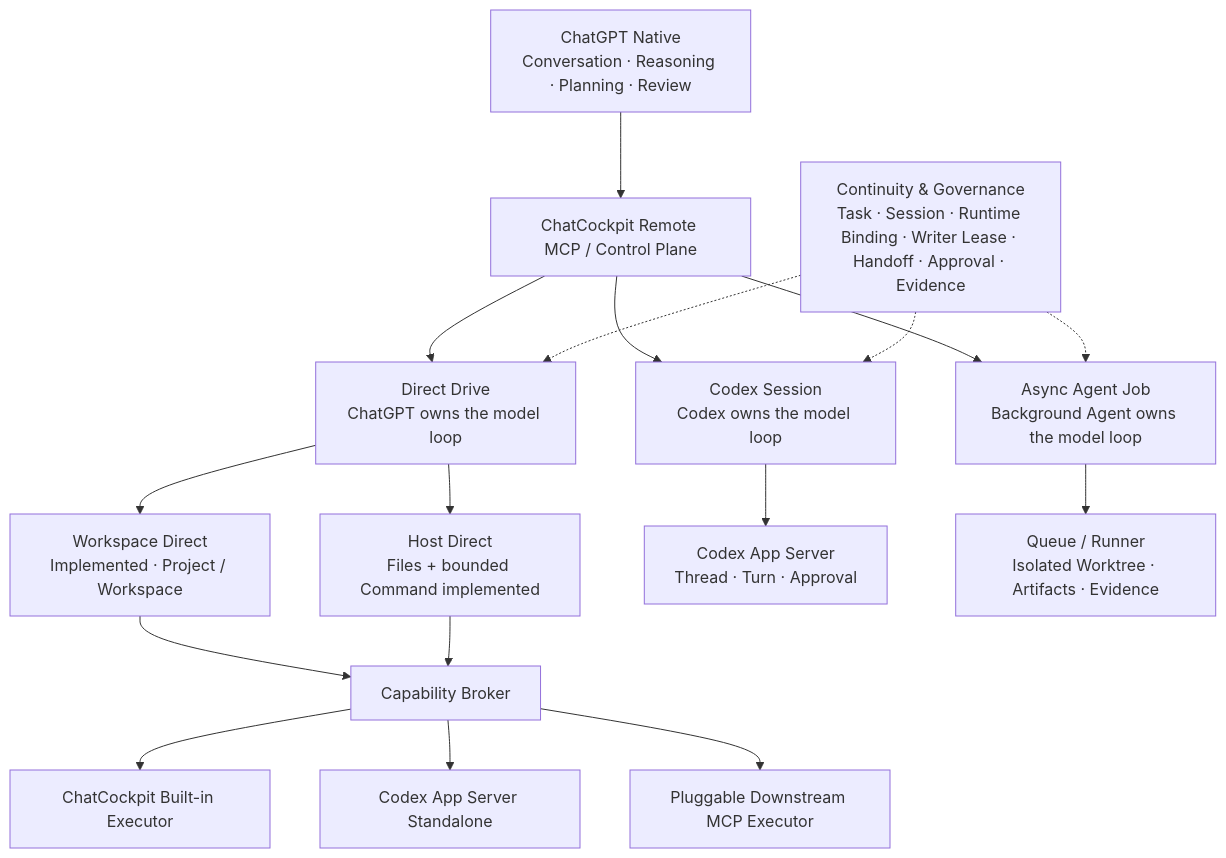
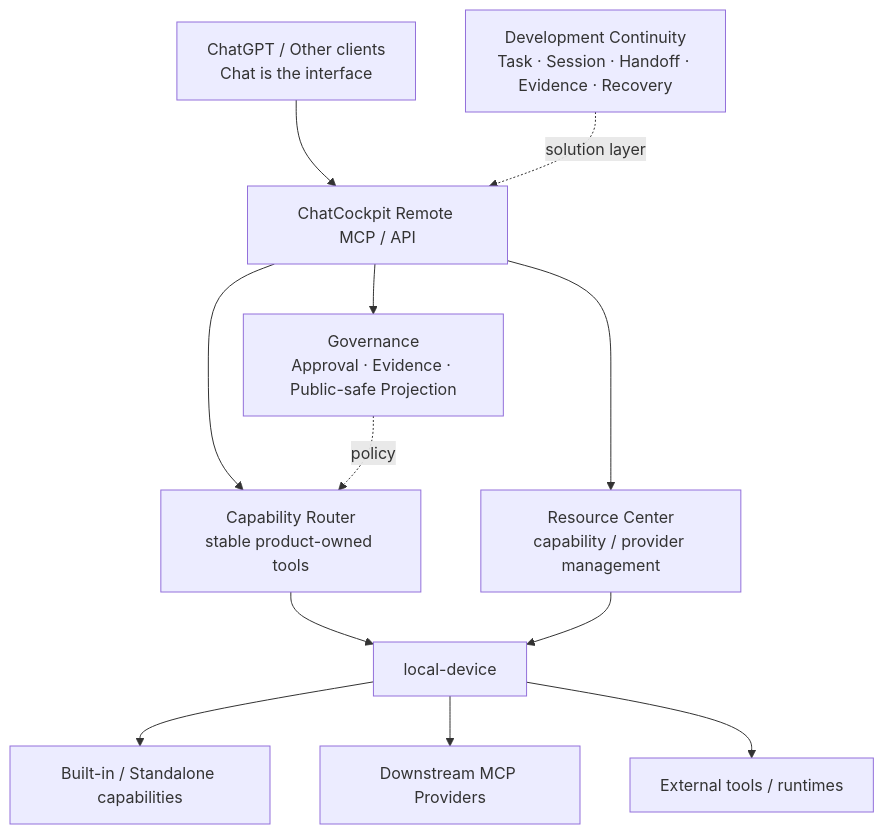
One commit to wuaishare/ChatCockpit changed the diagram in README.en.md. Above: the diagram before and after it, drawn with Mermaid. The commit also changed other lines of this file and 9 other files, not shown here.

Commit message:
重置 ChatCockpit 公共产品定位

````diff
--- a/README.en.md
+++ b/README.en.md
@@ -50,24 +24,18 @@
 ```mermaid
 flowchart TB
-    Chat["ChatGPT Native<br/>Conversation · Reasoning · Planning · Review"] --> MCP["ChatCockpit Remote MCP / Control Plane"]
+    Chat["ChatGPT / Other clients<br/>Chat is the interface"] --> MCP["ChatCockpit Remote MCP / API"]
 
-    MCP --> Direct["Direct Drive<br/>ChatGPT owns the model loop"]
-    MCP --> Codex["Codex Session<br/>Codex owns the model loop"]
-    MCP --> Async["Async Agent Job<br/>Background Agent owns the model loop"]
+    MCP --> Router["Capability Router<br/>stable product-owned tools"]
+    MCP --> Center["Resource Center<br/>capability / provider management"]
+    MCP --> Gov["Governance<br/>Approval · Evidence · Public-safe Projection"]
 
-    Direct --> Workspace["Workspace Direct<br/>Implemented · Project / Workspace"]
-    Direct --> Host["Host Direct<br/>Files + bounded Command implemented"]
+    Router --> Device["local-device"]
+    Center --> Device
+    Gov -. policy .-> Router
 
-    Workspace --> Broker["Capability Broker"]
-    Host --> Broker
-    Broker --> BuiltIn["ChatCockpit Built-in Executor"]
-    Broker --> Standalone["Codex App Server Standalone"]
-    Broker --> Downstream["Pluggable Downstream MCP Executor"]
+    Device --> P1["Built-in / Standalone capabilities"]
+    Device --> P2["Downstream MCP Providers"]
+    Device --> P3["External tools / runtimes"]
 
-    Codex --> AppServer["Codex App Server<br/>Thread · Turn · Approval"]
-    Async --> Runner["Queue / Runner<br/>Isolated Worktree · Artifacts · Evidence"]
-
-    Governance["Continuity & Governance<br/>Task · Session · Runtime Binding · Writer Lease · Handoff · Approval · Evidence"] -.-> Direct
-    Governance -.-> Codex
-    Governance -.-> Async
+    Dev["Development Continuity<br/>Task · Session · Handoff · Evidence · Recovery"] -. solution layer .-> MCP
 ```
````
